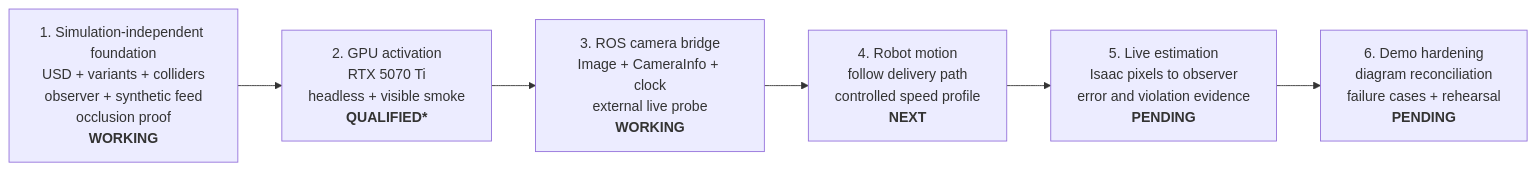
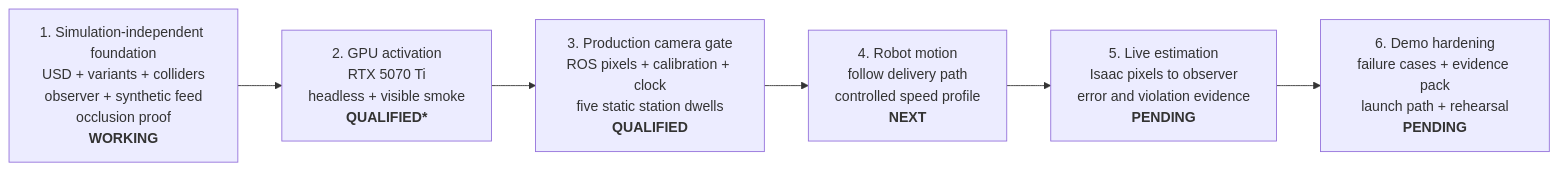
One commit to alexandergmzx/corridor-twin changed the first of 2 diagrams in docs/README.md. Above: the diagram before and after it, drawn with Mermaid. The commit also changed other lines of this file and 10 other files, not shown here.

````diff
--- a/docs/README.md
+++ b/docs/README.md
@@ -30,11 +31,11 @@
 ```mermaid
 flowchart LR
     P1["1. Simulation-independent foundation<br/>USD + variants + colliders<br/>observer + synthetic feed<br/>occlusion proof<br/><b>WORKING</b>"]
     P2["2. GPU activation<br/>RTX 5070 Ti<br/>headless + visible smoke<br/><b>QUALIFIED*</b>"]
-    P3["3. ROS camera bridge<br/>Image + CameraInfo + clock<br/>external live probe<br/><b>WORKING</b>"]
+    P3["3. Production camera gate<br/>ROS pixels + calibration + clock<br/>five static station dwells<br/><b>QUALIFIED</b>"]
     P4["4. Robot motion<br/>follow delivery path<br/>controlled speed profile<br/><b>NEXT</b>"]
     P5["5. Live estimation<br/>Isaac pixels to observer<br/>error and violation evidence<br/><b>PENDING</b>"]
-    P6["6. Demo hardening<br/>diagram reconciliation<br/>failure cases + rehearsal<br/><b>PENDING</b>"]
+    P6["6. Demo hardening<br/>failure cases + evidence pack<br/>launch path + rehearsal<br/><b>PENDING</b>"]
 
     P1 --> P2 --> P3 --> P4 --> P5 --> P6
 ```
````
